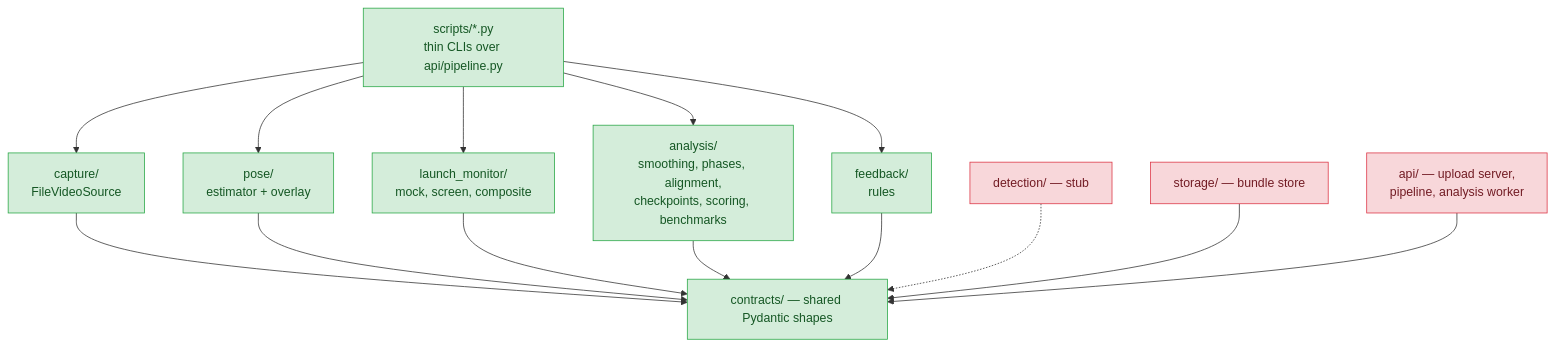
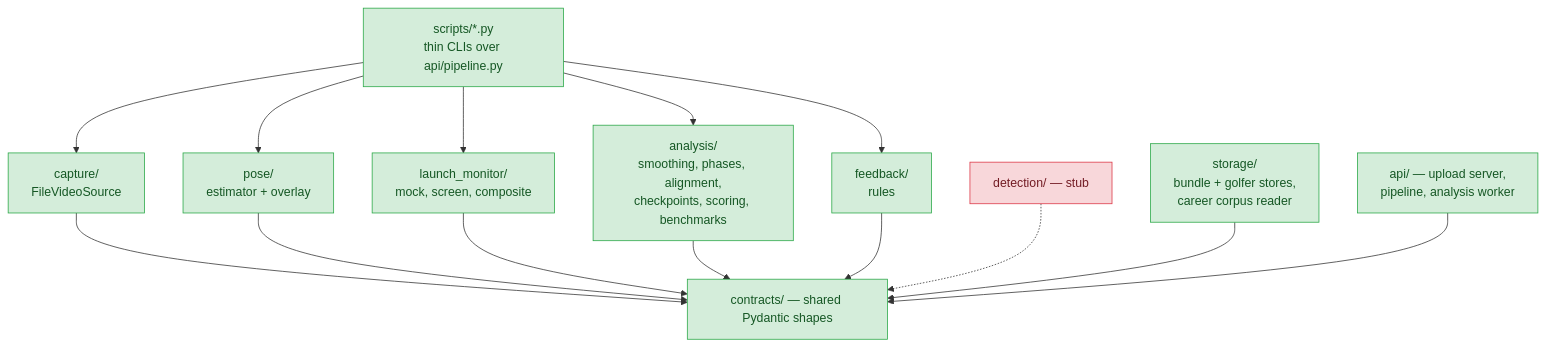
The second of 3 diagrams in docs/ARCHITECTURE.md (MildTreeRat/golf-coach), drawn with Mermaid before and after one commit. The commit also changed other lines of this file and 32 other files, not shown here.

````diff
--- a/docs/ARCHITECTURE.md
+++ b/docs/ARCHITECTURE.md
@@ -108,24 +124,24 @@
 ```mermaid
 flowchart TD
     C["contracts/ — shared Pydantic shapes"]
 
     CAP["capture/<br/>FileVideoSource"] --> C
     POSE["pose/<br/>estimator + overlay"] --> C
     LMM["launch_monitor/<br/>mock, screen, composite"] --> C
     ANA["analysis/<br/>smoothing, phases, alignment,<br/>checkpoints, scoring, benchmarks"] --> C
     FB["feedback/<br/>rules"] --> C
     DET["detection/ — stub"] -.-> C
-    STO["storage/ — bundle store"] --> C
+    STO["storage/<br/>bundle + golfer stores,<br/>career corpus reader"] --> C
     API["api/ — upload server,<br/>pipeline, analysis worker"] --> C
 
     CLI["scripts/*.py<br/>thin CLIs over api/pipeline.py"] --> CAP
     CLI --> POSE
     CLI --> ANA
     CLI --> FB
     CLI --> LMM
 
     classDef built fill:#d4edda,stroke:#28a745,color:#155724;
     classDef stub fill:#f8d7da,stroke:#dc3545,color:#721c24;
-    class C,CAP,POSE,LMM,ANA,FB,CLI built;
-    class DET,STO,API stub;
+    class C,CAP,POSE,LMM,ANA,FB,CLI,STO,API built;
+    class DET stub;
 ```
````
